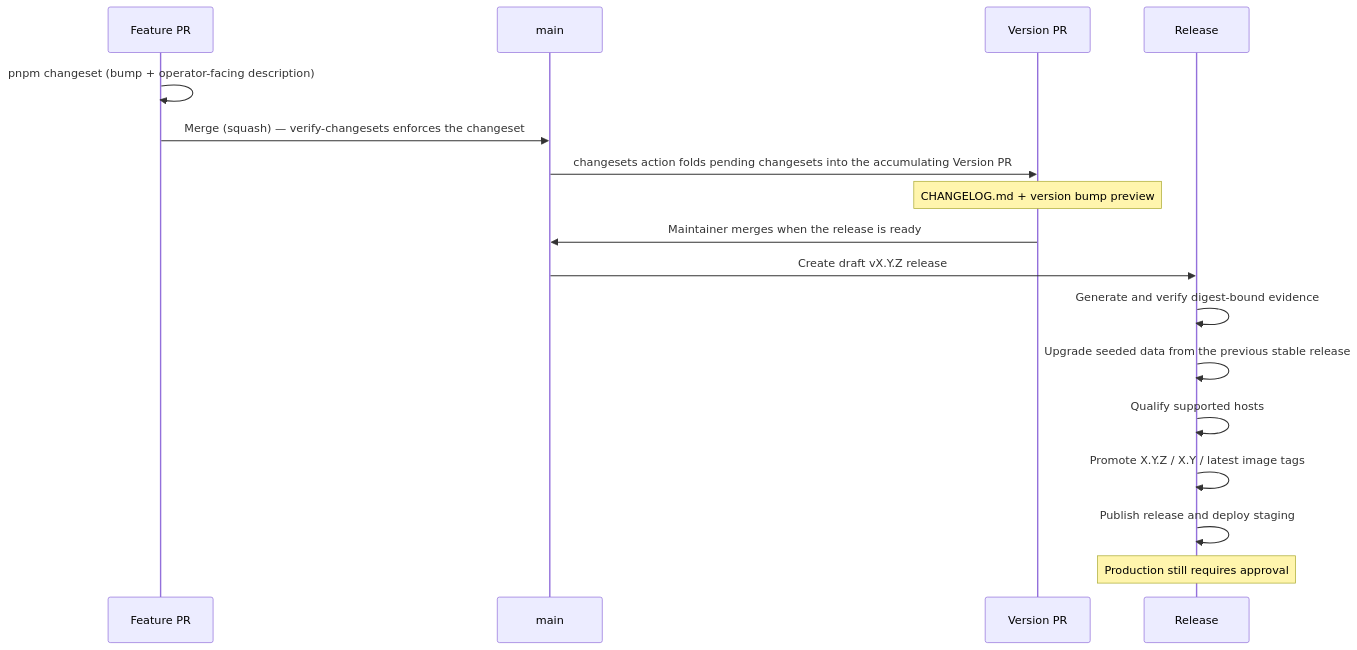
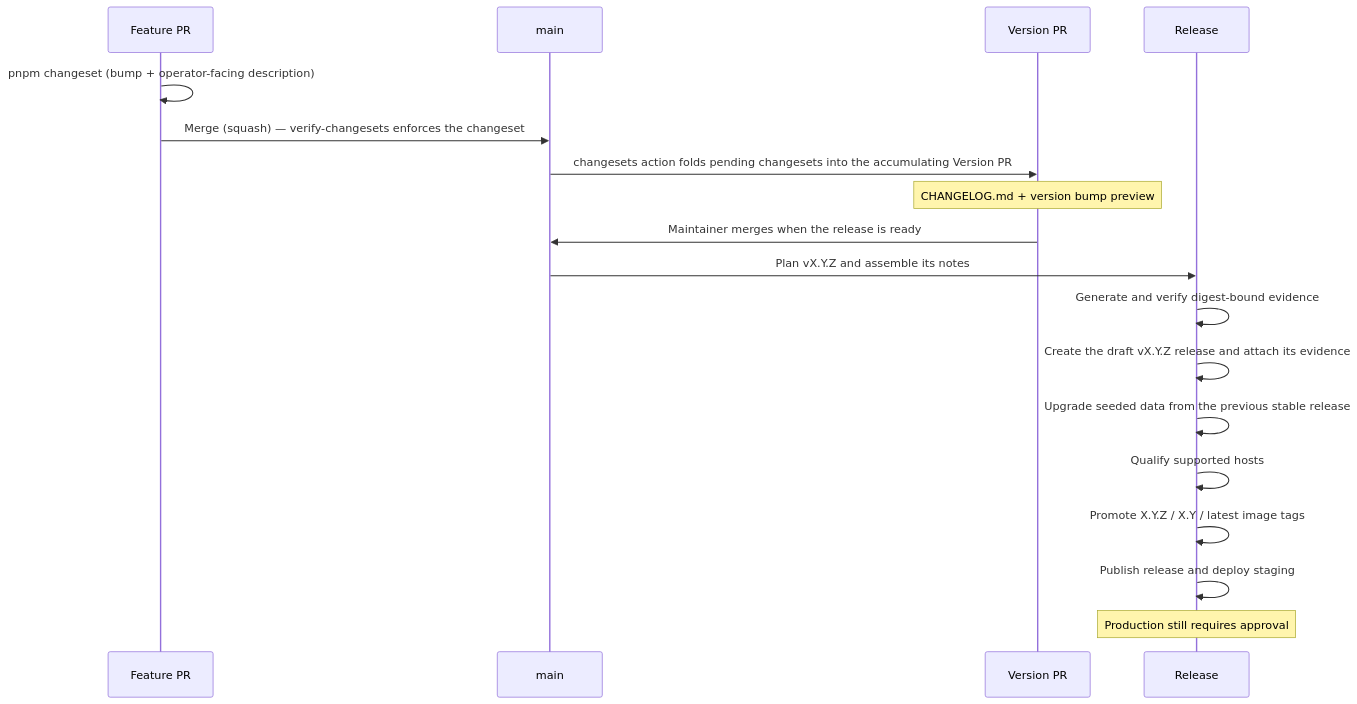
Before and after one commit to ls1intum/Hephaestus: the diagram in docs/contributor/release-management.mdx, drawn with Mermaid. The commit also changed other lines of this file and 5 other files, not shown here.

````diff
--- a/docs/contributor/release-management.mdx
+++ b/docs/contributor/release-management.mdx
@@ -21,22 +21,23 @@
 ```mermaid
 sequenceDiagram
     accTitle: Changesets release workflow
     accDescr: Feature pull requests add changesets, the version pull request consumes them, and merging the version pull request publishes the release.
     participant PR as Feature PR
     participant M as main
     participant VP as Version PR
     participant R as Release
 
     PR->>PR: pnpm changeset (bump + operator-facing description)
     PR->>M: Merge (squash) — verify-changesets enforces the changeset
     M->>VP: changesets action folds pending changesets into the accumulating Version PR
     Note over VP: CHANGELOG.md + version bump preview
     VP->>M: Maintainer merges when the release is ready
-    M->>R: Create draft vX.Y.Z release
+    M->>R: Plan vX.Y.Z and assemble its notes
     R->>R: Generate and verify digest-bound evidence
+    R->>R: Create the draft vX.Y.Z release and attach its evidence
     R->>R: Upgrade seeded data from the previous stable release
     R->>R: Qualify supported hosts
     R->>R: Promote X.Y.Z / X.Y / latest image tags
     R->>R: Publish release and deploy staging
     Note over R: Production still requires approval
 ```
````
